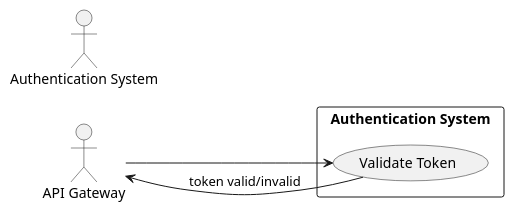
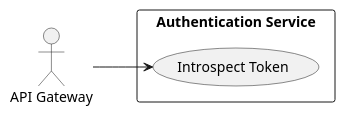
Before and after one commit to Bimmi-kumari-singh/Agent-testing: the seventh of 7 diagrams in .propel/context/docs/spec.md, drawn with PlantUML. The commit also changed other lines of this file, not shown here.

````diff
--- a/.propel/context/docs/spec.md
+++ b/.propel/context/docs/spec.md
@@ -474,16 +414,12 @@
 ```plantuml
 @startuml
 left to right direction
 skinparam packageStyle rectangle
 
-actor "API Gateway" as API
-actor "Authentication System" as Auth
-
-rectangle "Authentication System" {
-  usecase (Validate Token) as UC7
+actor "API Gateway" as GW
+rectangle "Authentication Service" {
+  usecase (Introspect Token) as UC_Introspect
 }
-
-API --> UC7
-UC7 --> API : token valid/invalid
+GW --> UC_Introspect
 @enduml
 ```
````
